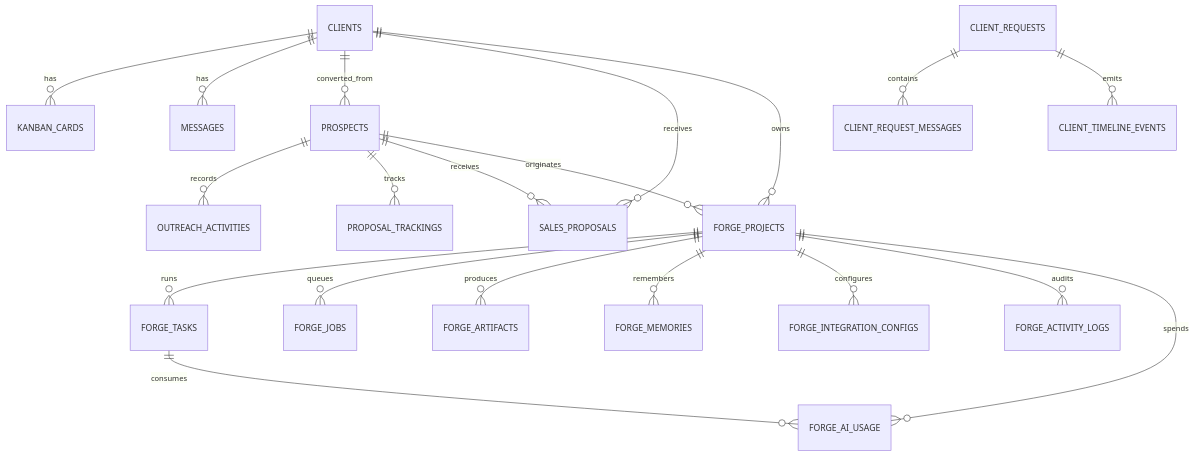
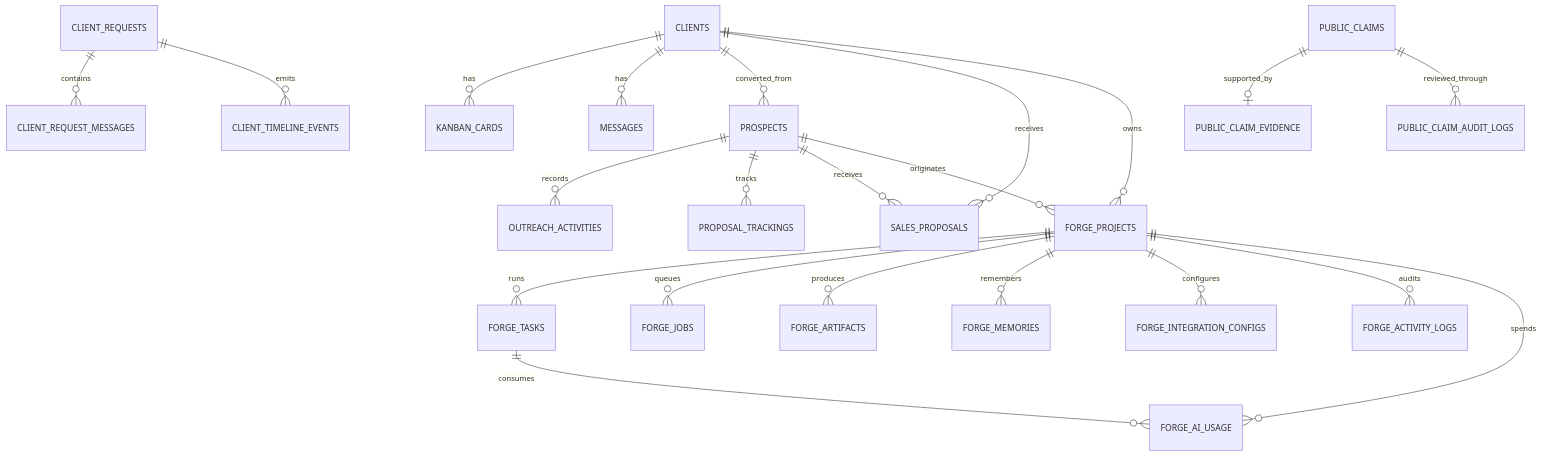
Before and after one commit to TheFridey/ScaleSmiths: the diagram in docs/architecture/data-model.md, drawn with Mermaid. The commit also changed other lines of this file and 45 other files, not shown here.

Commit message:
feat(claims): add evidence-backed public claims registry

````diff
--- a/docs/architecture/data-model.md
+++ b/docs/architecture/data-model.md
@@ -7,22 +7,24 @@
 ```mermaid
 erDiagram
   CLIENTS ||--o{ KANBAN_CARDS : has
   CLIENTS ||--o{ MESSAGES : has
   CLIENTS ||--o{ PROSPECTS : converted_from
   PROSPECTS ||--o{ OUTREACH_ACTIVITIES : records
   PROSPECTS ||--o{ PROPOSAL_TRACKINGS : tracks
   PROSPECTS ||--o{ SALES_PROPOSALS : receives
   CLIENTS ||--o{ SALES_PROPOSALS : receives
   CLIENTS ||--o{ FORGE_PROJECTS : owns
   PROSPECTS ||--o{ FORGE_PROJECTS : originates
   FORGE_PROJECTS ||--o{ FORGE_TASKS : runs
   FORGE_PROJECTS ||--o{ FORGE_JOBS : queues
   FORGE_PROJECTS ||--o{ FORGE_ARTIFACTS : produces
   FORGE_PROJECTS ||--o{ FORGE_MEMORIES : remembers
   FORGE_PROJECTS ||--o{ FORGE_INTEGRATION_CONFIGS : configures
   FORGE_PROJECTS ||--o{ FORGE_ACTIVITY_LOGS : audits
   FORGE_PROJECTS ||--o{ FORGE_AI_USAGE : spends
   FORGE_TASKS ||--o{ FORGE_AI_USAGE : consumes
   CLIENT_REQUESTS ||--o{ CLIENT_REQUEST_MESSAGES : contains
   CLIENT_REQUESTS ||--o{ CLIENT_TIMELINE_EVENTS : emits
+  PUBLIC_CLAIMS ||--o| PUBLIC_CLAIM_EVIDENCE : supported_by
+  PUBLIC_CLAIMS ||--o{ PUBLIC_CLAIM_AUDIT_LOGS : reviewed_through
 ```
````
